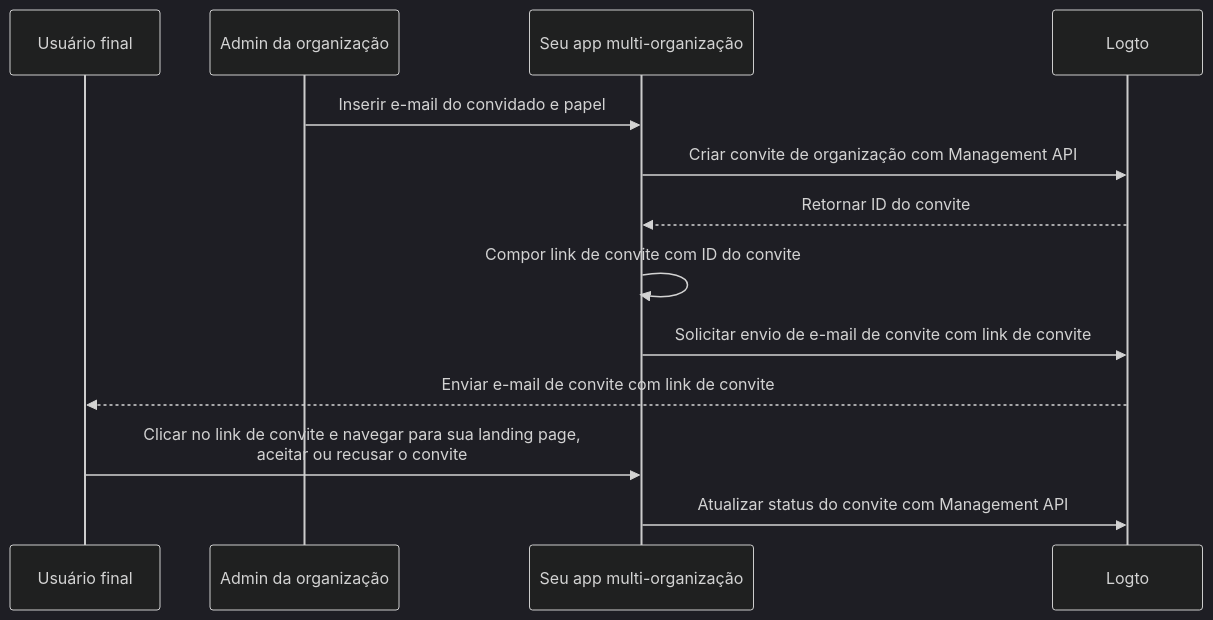
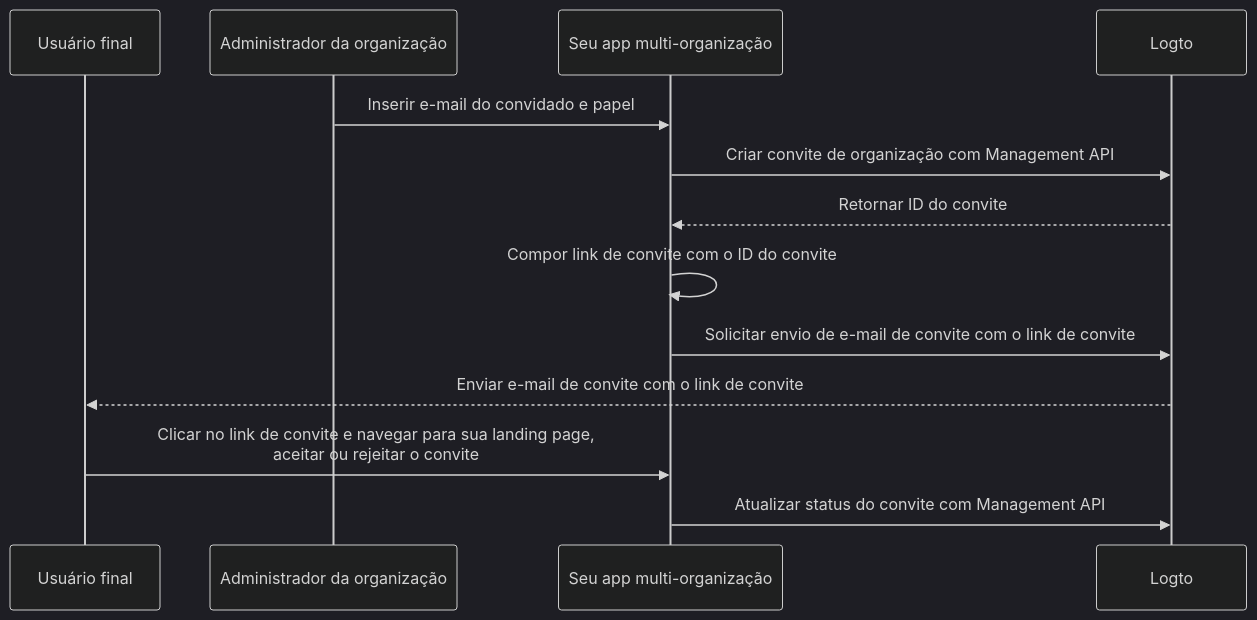
One commit to logto-io/docs changed the diagram in i18n/pt-BR/docusaurus-plugin-content-docs/current/end-user-flows/organization-experience/invite-organization-members.mdx. Above: the diagram before and after it, drawn with Mermaid (dark theme). The commit also changed other lines of this file and 96 other files, not shown here.

````diff
--- a/i18n/pt-BR/docusaurus-plugin-content-docs/current/end-user-flows/organization-experience/invite-organization-members.mdx
+++ b/i18n/pt-BR/docusaurus-plugin-content-docs/current/end-user-flows/organization-experience/invite-organization-members.mdx
@@ -13,16 +13,16 @@
 ```mermaid
 sequenceDiagram
 	Participant U as Usuário final
-  Participant A as Admin da organização
+  Participant A as Administrador da organização
   Participant C as Seu app multi-organização
 	Participant L as Logto
 
   A ->> C: Inserir e-mail do convidado e papel
   C ->> L: Criar convite de organização com Management API
   L -->> C: Retornar ID do convite
-  C ->> C: Compor link de convite com ID do convite
-  C ->> L: Solicitar envio de e-mail de convite com link de convite
-  L -->> U: Enviar e-mail de convite com link de convite
-  U ->> C: Clicar no link de convite e navegar para sua landing page,<br /> aceitar ou recusar o convite
+  C ->> C: Compor link de convite com o ID do convite
+  C ->> L: Solicitar envio de e-mail de convite com o link de convite
+  L -->> U: Enviar e-mail de convite com o link de convite
+  U ->> C: Clicar no link de convite e navegar para sua landing page,<br /> aceitar ou rejeitar o convite
   C ->> L: Atualizar status do convite com Management API
 ```
````
